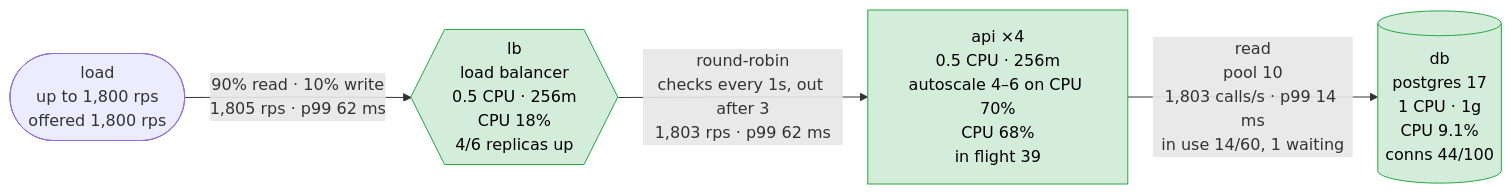
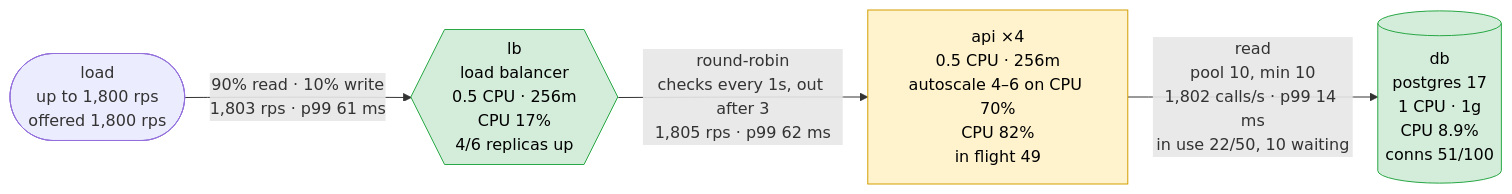
The first of 5 diagrams in scenarios/featured-on-hacker-news/solutions/headroom/report.md (akinfemi/load-lore), drawn with Mermaid before and after one commit. The commit also changed other lines of this file and 71 other files, not shown here.

First line of the commit message:
Re-measure the library on rules version 21; warm-pool storms are reconnections

````diff
--- a/scenarios/featured-on-hacker-news/solutions/headroom/report.md
+++ b/scenarios/featured-on-hacker-news/solutions/headroom/report.md
@@ -17,14 +17,15 @@
 ```mermaid
 flowchart LR
     load(["load<br/>up to 1,800 rps<br/>offered 1,800 rps"])
-    lb{{"lb<br/>load balancer<br/>0.5 CPU · 256m<br/>CPU 18%<br/>4/6 replicas up"}}
-    api["api ×4<br/>0.5 CPU · 256m<br/>autoscale 4–6 on CPU 70%<br/>CPU 68%<br/>in flight 39"]
-    db[("db<br/>postgres 17<br/>1 CPU · 1g<br/>CPU 9.1%<br/>conns 44/100")]
-    load -->|"90% read · 10% write<br/>1,805 rps · p99 62 ms"| lb
-    lb -->|"round-robin<br/>checks every 1s, out after 3<br/>1,803 rps · p99 62 ms"| api
-    api -->|"read<br/>pool 10<br/>1,803 calls/s · p99 14 ms<br/>in use 14/60, 1 waiting"| db
+    lb{{"lb<br/>load balancer<br/>0.5 CPU · 256m<br/>CPU 17%<br/>4/6 replicas up"}}
+    api["api ×4<br/>0.5 CPU · 256m<br/>autoscale 4–6 on CPU 70%<br/>CPU 82%<br/>in flight 49"]
+    db[("db<br/>postgres 17<br/>1 CPU · 1g<br/>CPU 8.9%<br/>conns 51/100")]
+    load -->|"90% read · 10% write<br/>1,803 rps · p99 61 ms"| lb
+    lb -->|"round-robin<br/>checks every 1s, out after 3<br/>1,805 rps · p99 62 ms"| api
+    api -->|"read<br/>pool 10, min 10<br/>1,802 calls/s · p99 14 ms<br/>in use 22/50, 10 waiting"| db
     classDef ok fill:#d4edda,stroke:#28a745,color:#000
     classDef warm fill:#fff3cd,stroke:#d39e00,color:#000
     classDef hot fill:#f8d7da,stroke:#dc3545,color:#000
-    class lb,api,db ok
+    class lb,db ok
+    class api warm
 ```
````
